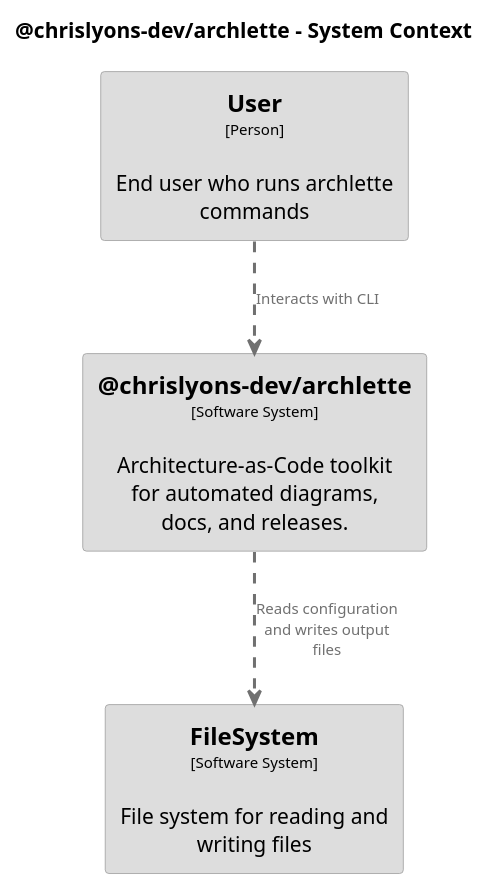
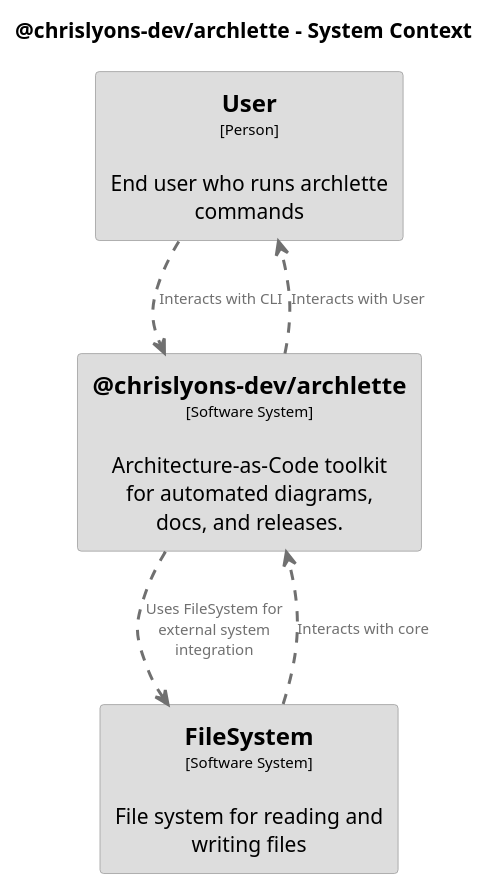
One commit to chrislyons-dev/archlette changed the diagram in docs/architecture/diagrams/plantuml/structurizr-SystemContext.puml. Above: the diagram before and after it, drawn with PlantUML. The commit also changed 23 other files, not shown here.

```diff
--- a/docs/architecture/diagrams/plantuml/structurizr-SystemContext.puml
+++ b/docs/architecture/diagrams/plantuml/structurizr-SystemContext.puml
@@ -1,43 +1,45 @@
 @startuml
 set separator none
 title @chrislyons-dev/archlette - System Context
 
 top to bottom direction
 skinparam ranksep 60
 skinparam nodesep 30
 
 skinparam {
   arrowFontSize 10
   defaultTextAlignment center
   wrapWidth 200
   maxMessageSize 100
 }
 
 hide stereotype
 
 skinparam rectangle<<chrislyonsdevarchlette>> {
   BackgroundColor #dddddd
   FontColor #000000
   BorderColor #9a9a9a
   shadowing false
 }
 skinparam rectangle<<FileSystem>> {
   BackgroundColor #dddddd
   FontColor #000000
   BorderColor #9a9a9a
   shadowing false
 }
 skinparam rectangle<<User>> {
   BackgroundColor #dddddd
   FontColor #000000
   BorderColor #9a9a9a
   shadowing false
 }
 
 rectangle "==User\n<size:10>[Person]</size>\n\nEnd user who runs archlette commands" <<User>> as User
 rectangle "==FileSystem\n<size:10>[Software System]</size>\n\nFile system for reading and writing files" <<FileSystem>> as FileSystem
 rectangle "==@chrislyons-dev/archlette\n<size:10>[Software System]</size>\n\nArchitecture-as-Code toolkit for automated diagrams, docs, and releases." <<chrislyonsdevarchlette>> as chrislyonsdevarchlette
 
 User .[#707070,thickness=2].> chrislyonsdevarchlette : "<color:#707070>Interacts with CLI"
-chrislyonsdevarchlette .[#707070,thickness=2].> FileSystem : "<color:#707070>Reads configuration and writes output files"
+FileSystem .[#707070,thickness=2].> chrislyonsdevarchlette : "<color:#707070>Interacts with core"
+chrislyonsdevarchlette .[#707070,thickness=2].> User : "<color:#707070>Interacts with User"
+chrislyonsdevarchlette .[#707070,thickness=2].> FileSystem : "<color:#707070>Uses FileSystem for external system integration"
 @enduml
```
